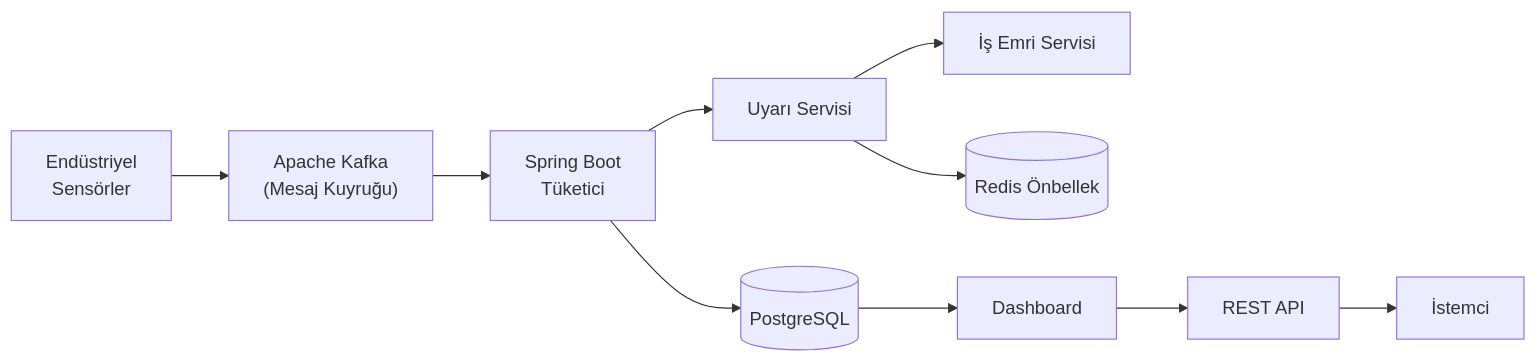
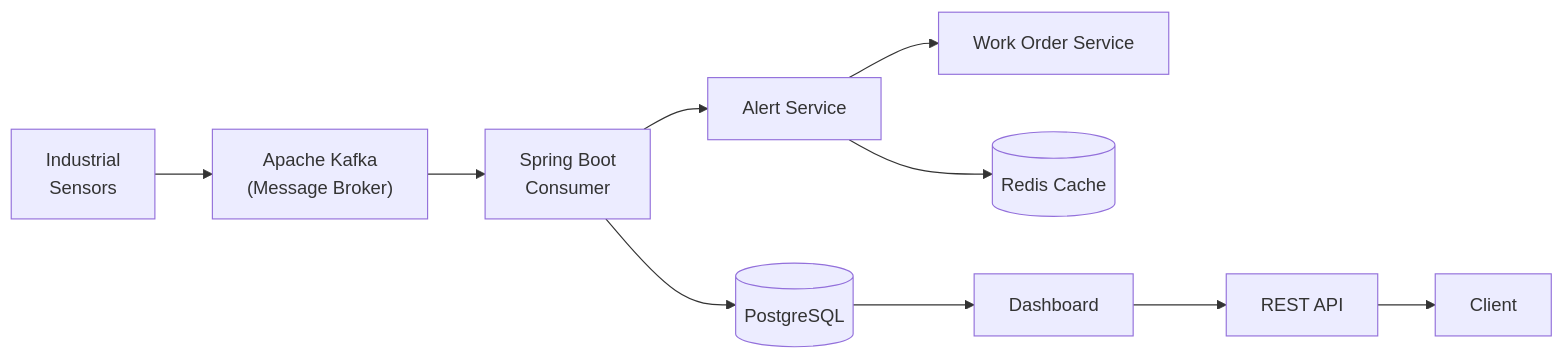
Before and after one commit to BedirAvsar/faultStream: the first of 2 diagrams in README.md, drawn with Mermaid. The commit also changed other lines of this file, not shown here.

````diff
--- a/README.md
+++ b/README.md
@@ -77,12 +77,12 @@
 ```mermaid
 flowchart LR
-    Sensors["Endüstriyel\nSensörler"] --> Kafka["Apache Kafka\n(Mesaj Kuyruğu)"]
-    Kafka --> Consumer["Spring Boot\nTüketici"]
+    Sensors["Industrial\nSensors"] --> Kafka["Apache Kafka\n(Message Broker)"]
+    Kafka --> Consumer["Spring Boot\nConsumer"]
     Consumer --> DB[(PostgreSQL)]
-    Consumer --> AlertService["Uyarı Servisi"]
-    AlertService --> WorkOrderService["İş Emri Servisi"]
-    AlertService --> Redis[(Redis Önbellek)]
+    Consumer --> AlertService["Alert Service"]
+    AlertService --> WorkOrderService["Work Order Service"]
+    AlertService --> Redis[(Redis Cache)]
     DB --> Dashboard["Dashboard"]
     Dashboard --> API["REST API"]
-    API --> Client["İstemci"]
+    API --> Client["Client"]
 ```
````
